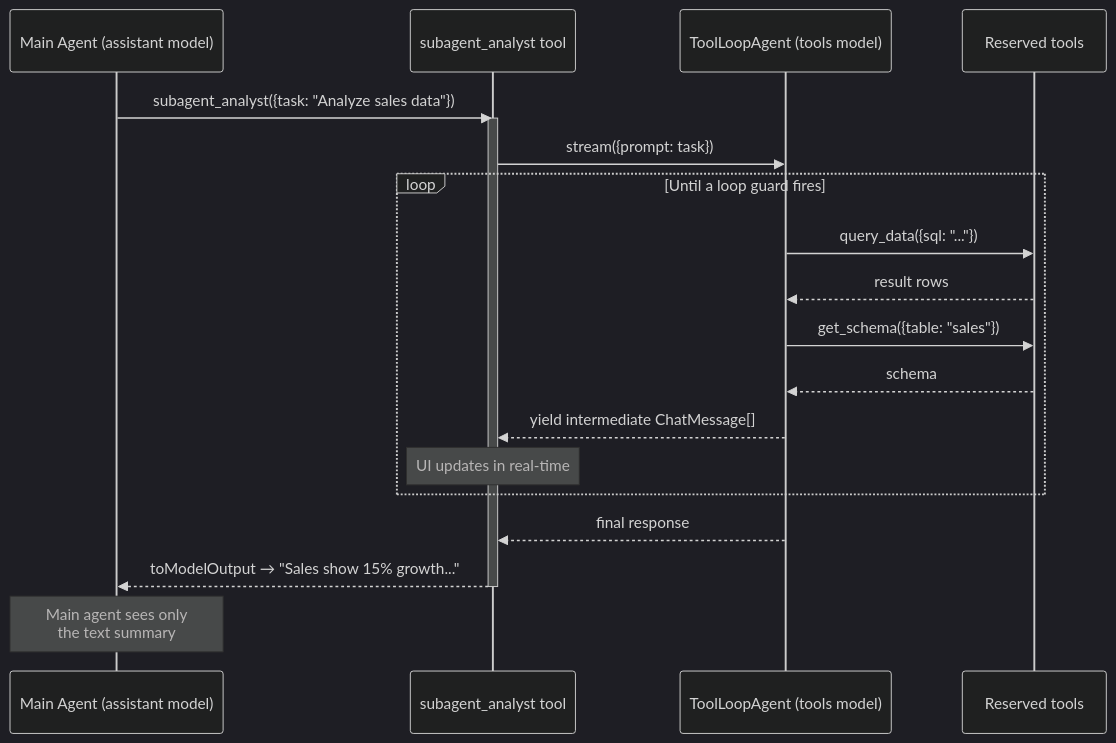
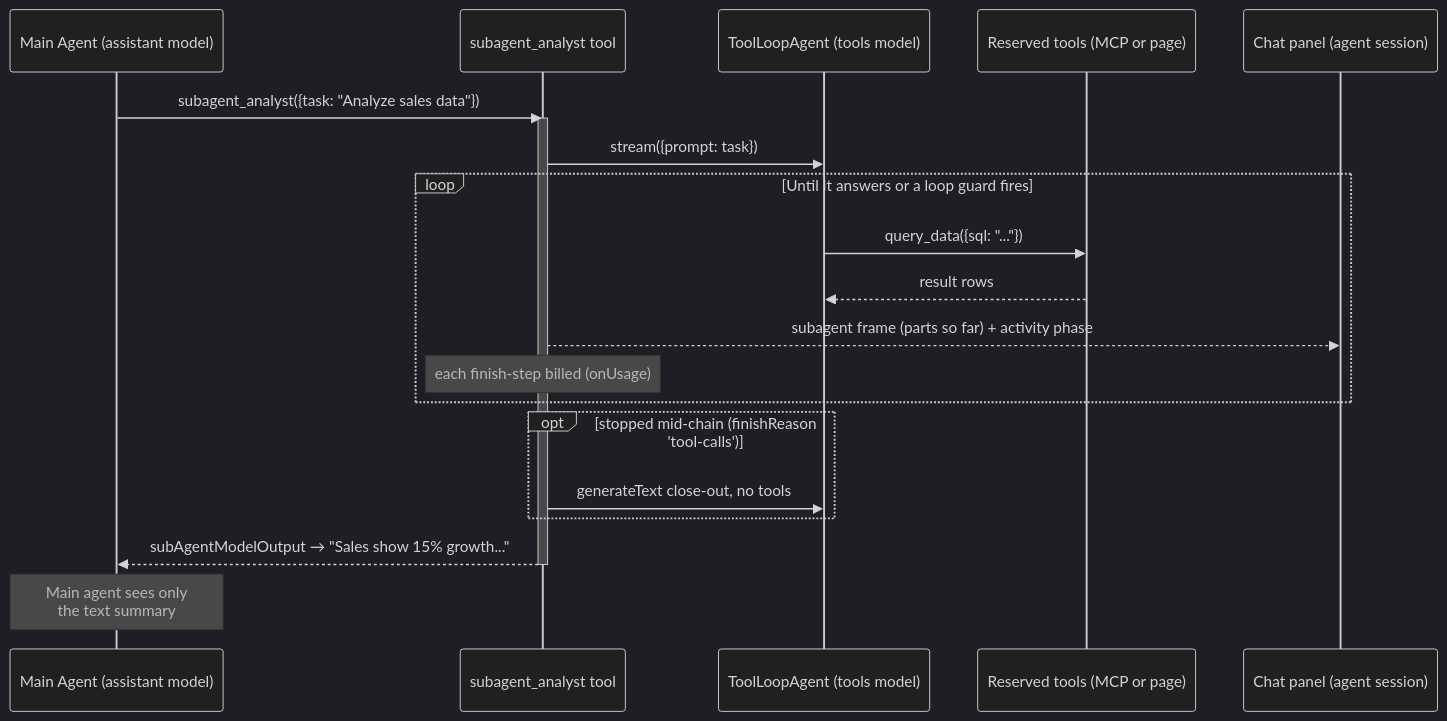
The third of 4 diagrams in docs/architecture/sub-agents.md (data-fair/agents), drawn with Mermaid (dark theme) before and after one commit. The commit also changed other lines of this file and 14 other files, not shown here.

First line of the commit message:
docs(architecture): the docs describe the server-held loop

````diff
--- a/docs/architecture/sub-agents.md
+++ b/docs/architecture/sub-agents.md
@@ -99,26 +97,27 @@
 ```mermaid
 sequenceDiagram
   participant Main as Main Agent (assistant model)
   participant Tool as subagent_analyst tool
   participant TLA as ToolLoopAgent (tools model)
-  participant MCP as Reserved tools
+  participant Tools as Reserved tools (MCP or page)
+  participant Page as Chat panel (agent session)
 
   Main->>Tool: subagent_analyst({task: "Analyze sales data"})
   activate Tool
-  
+
   Tool->>TLA: stream({prompt: task})
-  loop Until a loop guard fires
-    TLA->>MCP: query_data({sql: "..."})
-    MCP-->>TLA: result rows
-    TLA->>MCP: get_schema({table: "sales"})
-    MCP-->>TLA: schema
-    TLA-->>Tool: yield intermediate ChatMessage[]
-    Note over Tool: UI updates in real-time
+  loop Until it answers or a loop guard fires
+    TLA->>Tools: query_data({sql: "..."})
+    Tools-->>TLA: result rows
+    Tool-->>Page: subagent frame (parts so far) + activity phase
+    Note over Tool: each finish-step billed (onUsage)
   end
-  TLA-->>Tool: final response
-  
-  Tool-->>Main: toModelOutput → "Sales show 15% growth..."
+  opt stopped mid-chain (finishReason 'tool-calls')
+    Tool->>TLA: generateText close-out, no tools
+  end
+
+  Tool-->>Main: subAgentModelOutput → "Sales show 15% growth..."
   deactivate Tool
-  
+
   Note over Main: Main agent sees only<br/>the text summary
 ```
````
